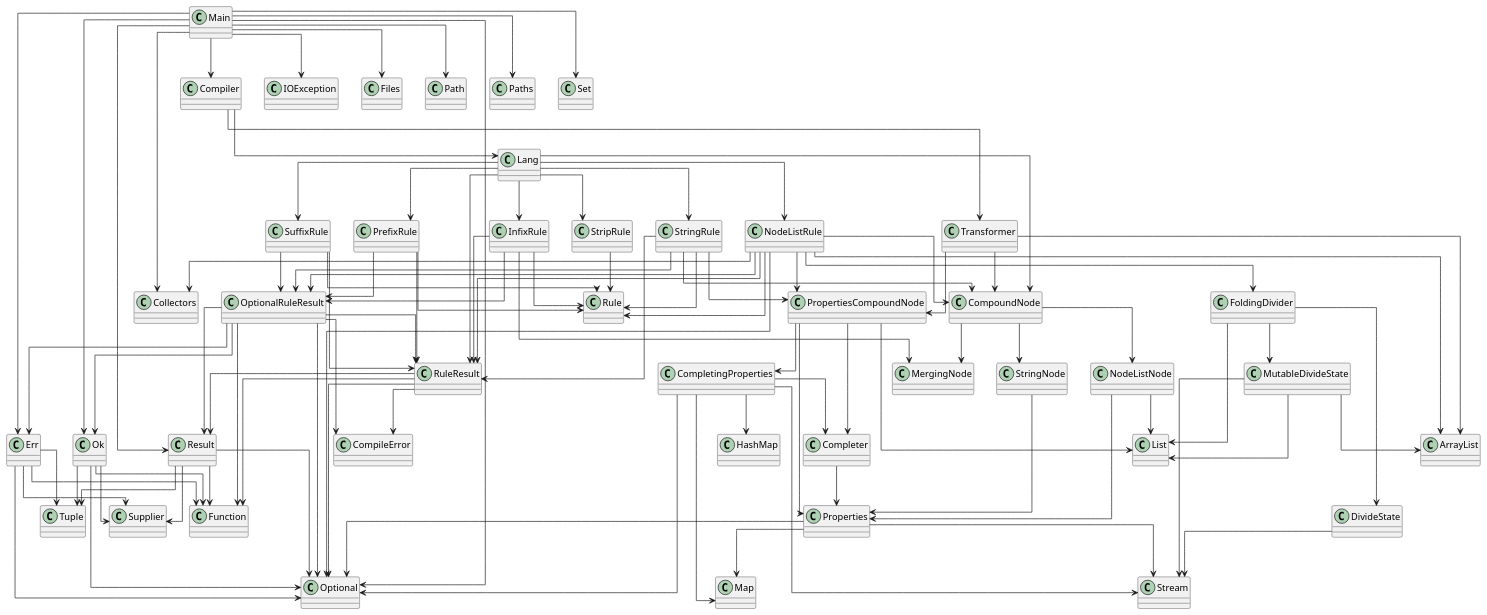
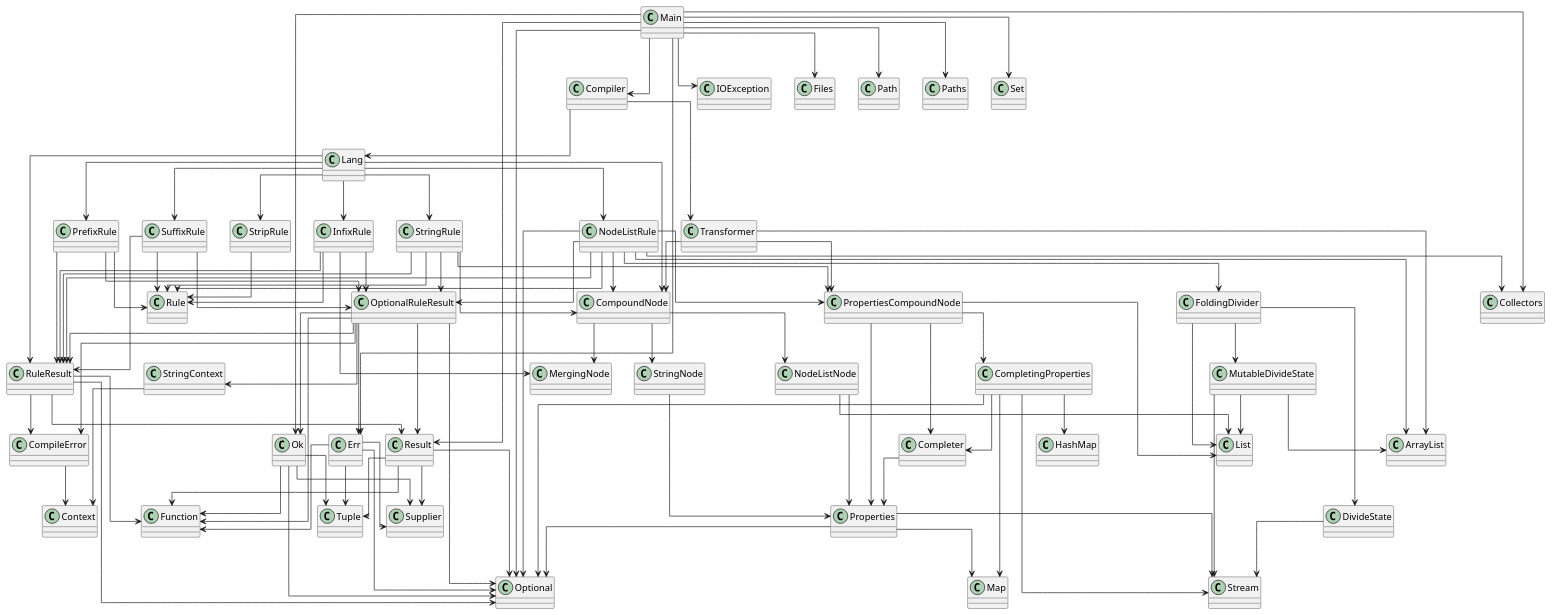
One commit to SirMathhman/Magma changed the diagram in diagram.puml. Above: the diagram before and after it, drawn with PlantUML. The commit also changed 4 other files, not shown here.

```diff
--- a/diagram.puml
+++ b/diagram.puml
@@ -1,130 +1,135 @@
 @startuml
 skinparam linetype ortho
 class Properties
 Properties --> Map
 Properties --> Optional
 Properties --> Stream
 class FoldingDivider
 FoldingDivider --> DivideState
 FoldingDivider --> MutableDivideState
 FoldingDivider --> List
-class CompileError
 class Transformer
 Transformer --> CompoundNode
 Transformer --> PropertiesCompoundNode
 Transformer --> ArrayList
+class CompileError
+CompileError --> Context
+class StringContext
+StringContext --> Context
 class Result
 Result --> Tuple
 Result --> Optional
 Result --> Function
 Result --> Supplier
 class DivideState
 DivideState --> Stream
-class InfixRule
-InfixRule --> Rule
-InfixRule --> MergingNode
-InfixRule --> RuleResult
-InfixRule --> OptionalRuleResult
 class NodeListRule
 NodeListRule --> Rule
 NodeListRule --> CompoundNode
 NodeListRule --> PropertiesCompoundNode
 NodeListRule --> FoldingDivider
 NodeListRule --> RuleResult
 NodeListRule --> OptionalRuleResult
 NodeListRule --> ArrayList
 NodeListRule --> Optional
 NodeListRule --> Collectors
+class InfixRule
+InfixRule --> Rule
+InfixRule --> MergingNode
+InfixRule --> RuleResult
+InfixRule --> OptionalRuleResult
 class RuleResult
 RuleResult --> Result
 RuleResult --> CompileError
 RuleResult --> Optional
 RuleResult --> Function
 class MergingNode
 class StringRule
 StringRule --> Rule
 StringRule --> CompoundNode
 StringRule --> PropertiesCompoundNode
 StringRule --> RuleResult
 StringRule --> OptionalRuleResult
 class Rule
 class PrefixRule
 PrefixRule --> Rule
 PrefixRule --> RuleResult
 PrefixRule --> OptionalRuleResult
+class CompoundNode
+CompoundNode --> MergingNode
+CompoundNode --> NodeListNode
+CompoundNode --> StringNode
 class Err
 Err --> Tuple
 Err --> Optional
 Err --> Function
 Err --> Supplier
-class CompoundNode
-CompoundNode --> MergingNode
-CompoundNode --> NodeListNode
-CompoundNode --> StringNode
 class MutableDivideState
 MutableDivideState --> ArrayList
 MutableDivideState --> List
 MutableDivideState --> Stream
 class Lang
 Lang --> CompoundNode
 Lang --> NodeListRule
 Lang --> InfixRule
 Lang --> PrefixRule
 Lang --> StringRule
 Lang --> StripRule
 Lang --> SuffixRule
 Lang --> RuleResult
 class CompletingProperties
 CompletingProperties --> Completer
 CompletingProperties --> HashMap
 CompletingProperties --> Map
 CompletingProperties --> Optional
 CompletingProperties --> Stream
 class Compiler
 Compiler --> Lang
 Compiler --> Transformer
 class Tuple
 class StringNode
 StringNode --> Properties
 class PropertiesCompoundNode
 PropertiesCompoundNode --> CompletingProperties
 PropertiesCompoundNode --> Properties
 PropertiesCompoundNode --> Completer
 PropertiesCompoundNode --> List
 class StripRule
 StripRule --> Rule
 class Completer
 Completer --> Properties
 class NodeListNode
 NodeListNode --> Properties
 NodeListNode --> List
 class OptionalRuleResult
 OptionalRuleResult --> Err
 OptionalRuleResult --> Ok
 OptionalRuleResult --> Result
 OptionalRuleResult --> CompileError
+OptionalRuleResult --> StringContext
 OptionalRuleResult --> RuleResult
 OptionalRuleResult --> Optional
 OptionalRuleResult --> Function
 class Main
 Main --> Err
 Main --> Ok
 Main --> Result
 Main --> Compiler
 Main --> IOException
 Main --> Files
 Main --> Path
 Main --> Paths
 Main --> Optional
 Main --> Set
 Main --> Collectors
+class Context
 class SuffixRule
 SuffixRule --> Rule
 SuffixRule --> RuleResult
 SuffixRule --> OptionalRuleResult
 class Ok
 Ok --> Tuple
 Ok --> Optional
 Ok --> Function
 Ok --> Supplier
 @enduml
```
